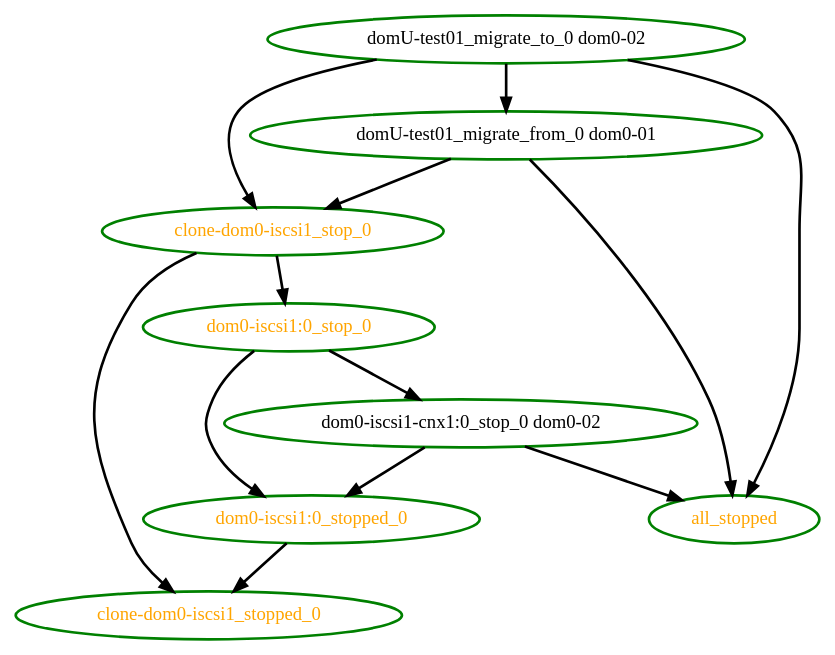
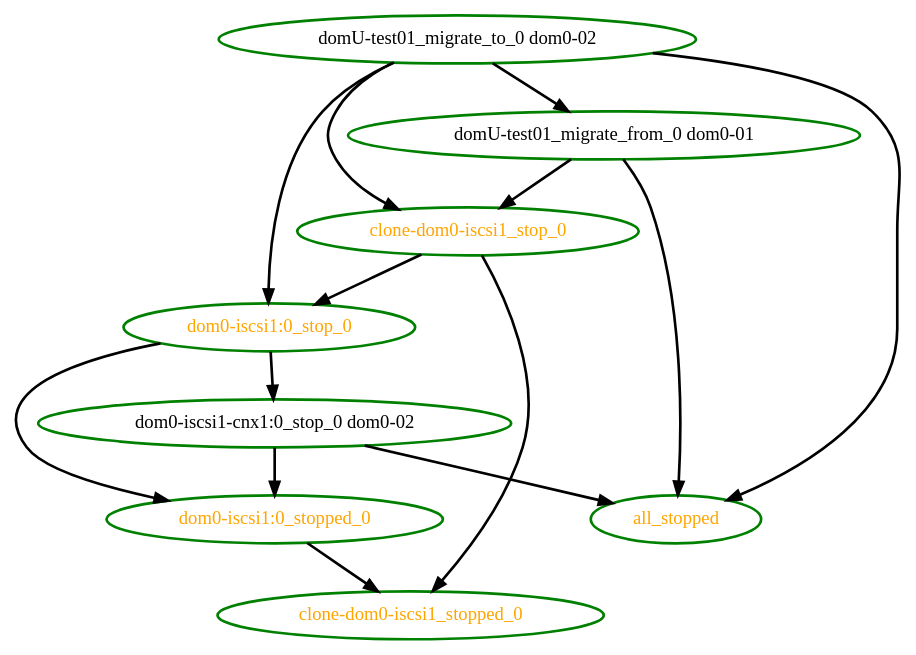
The diagram in pengine/test10/migrate-stop.dot (linux-ha-japan/pm_diskd), drawn with Graphviz before and after one commit. The commit also changed 38 other files, not shown here.

```diff
--- a/pengine/test10/migrate-stop.dot
+++ b/pengine/test10/migrate-stop.dot
@@ -1,22 +1,23 @@
  digraph "g" {
 "all_stopped" [ style=bold color="green" fontcolor="orange"  ]
 "clone-dom0-iscsi1_stop_0" -> "clone-dom0-iscsi1_stopped_0" [ style = bold]
 "clone-dom0-iscsi1_stop_0" -> "dom0-iscsi1:0_stop_0" [ style = bold]
 "clone-dom0-iscsi1_stop_0" [ style=bold color="green" fontcolor="orange"  ]
 "clone-dom0-iscsi1_stopped_0" [ style=bold color="green" fontcolor="orange"  ]
 "dom0-iscsi1-cnx1:0_stop_0 dom0-02" -> "all_stopped" [ style = bold]
 "dom0-iscsi1-cnx1:0_stop_0 dom0-02" -> "dom0-iscsi1:0_stopped_0" [ style = bold]
 "dom0-iscsi1-cnx1:0_stop_0 dom0-02" [ style=bold color="green" fontcolor="black"  ]
 "dom0-iscsi1:0_stop_0" -> "dom0-iscsi1-cnx1:0_stop_0 dom0-02" [ style = bold]
 "dom0-iscsi1:0_stop_0" -> "dom0-iscsi1:0_stopped_0" [ style = bold]
 "dom0-iscsi1:0_stop_0" [ style=bold color="green" fontcolor="orange"  ]
 "dom0-iscsi1:0_stopped_0" -> "clone-dom0-iscsi1_stopped_0" [ style = bold]
 "dom0-iscsi1:0_stopped_0" [ style=bold color="green" fontcolor="orange"  ]
 "domU-test01_migrate_from_0 dom0-01" -> "all_stopped" [ style = bold]
 "domU-test01_migrate_from_0 dom0-01" -> "clone-dom0-iscsi1_stop_0" [ style = bold]
 "domU-test01_migrate_from_0 dom0-01" [ style=bold color="green" fontcolor="black"  ]
 "domU-test01_migrate_to_0 dom0-02" -> "all_stopped" [ style = bold]
 "domU-test01_migrate_to_0 dom0-02" -> "clone-dom0-iscsi1_stop_0" [ style = bold]
+"domU-test01_migrate_to_0 dom0-02" -> "dom0-iscsi1:0_stop_0" [ style = bold]
 "domU-test01_migrate_to_0 dom0-02" -> "domU-test01_migrate_from_0 dom0-01" [ style = bold]
 "domU-test01_migrate_to_0 dom0-02" [ style=bold color="green" fontcolor="black"  ]
 }
```
